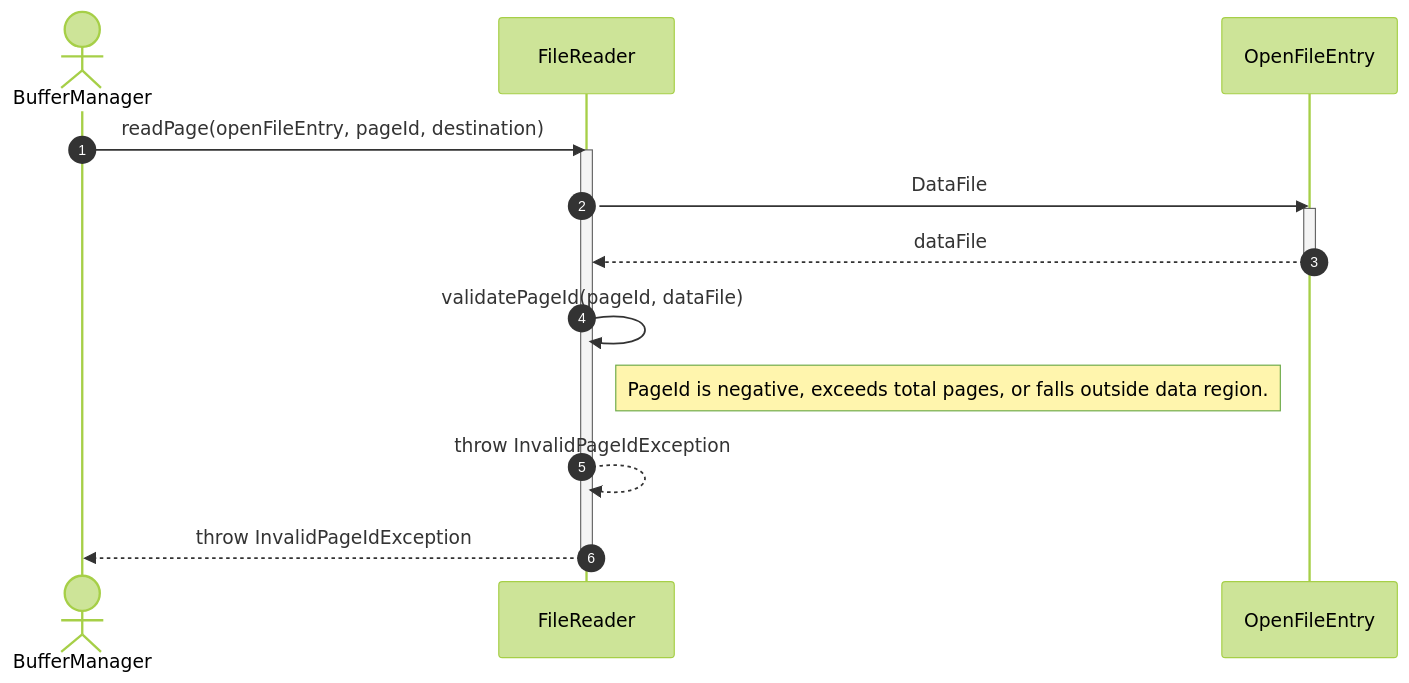
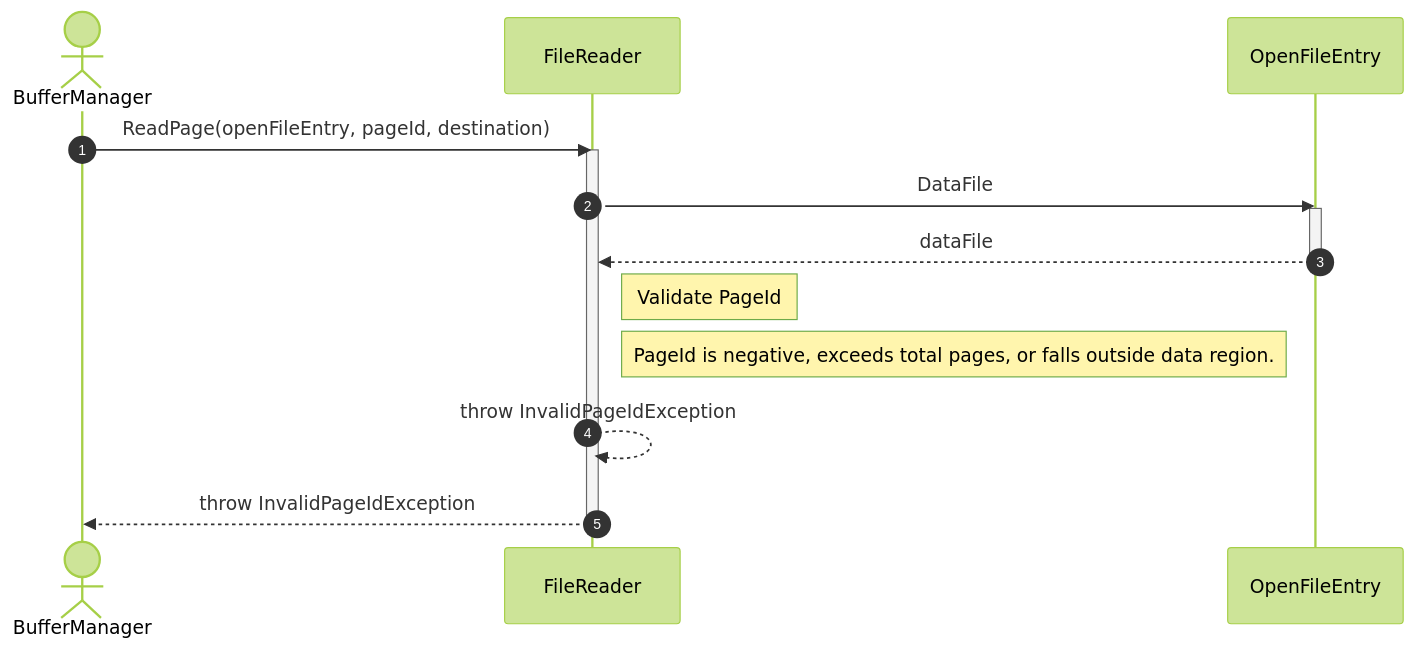
One commit to manaxpow/DBMS changed the second of 4 diagrams in docs/diagrams/sequence-diagrams/storage-engine/file-management/file-io/read-file.md. Above: the diagram before and after it, drawn with Mermaid (forest theme). The commit also changed other lines of this file and 98 other files, not shown here.

````diff
--- a/docs/diagrams/sequence-diagrams/storage-engine/file-management/file-io/read-file.md
+++ b/docs/diagrams/sequence-diagrams/storage-engine/file-management/file-io/read-file.md
@@ -53,22 +53,22 @@
 ```mermaid
 sequenceDiagram
     autonumber
     actor BM as BufferManager
     participant FR as FileReader
     participant OE as OpenFileEntry
 
-    BM->>FR: readPage(openFileEntry, pageId, destination)
+    BM->>FR: ReadPage(openFileEntry, pageId, destination)
     activate FR
     
     FR->>OE: DataFile
     activate OE
     OE-->>FR: dataFile
     deactivate OE
     
-    FR->>FR: validatePageId(pageId, dataFile)
+    note right of FR: Validate PageId
     note right of FR: PageId is negative, exceeds total pages, or falls outside data region.
     FR-->>FR: throw InvalidPageIdException
     
     FR-->>BM: throw InvalidPageIdException
     deactivate FR
 ```
````
